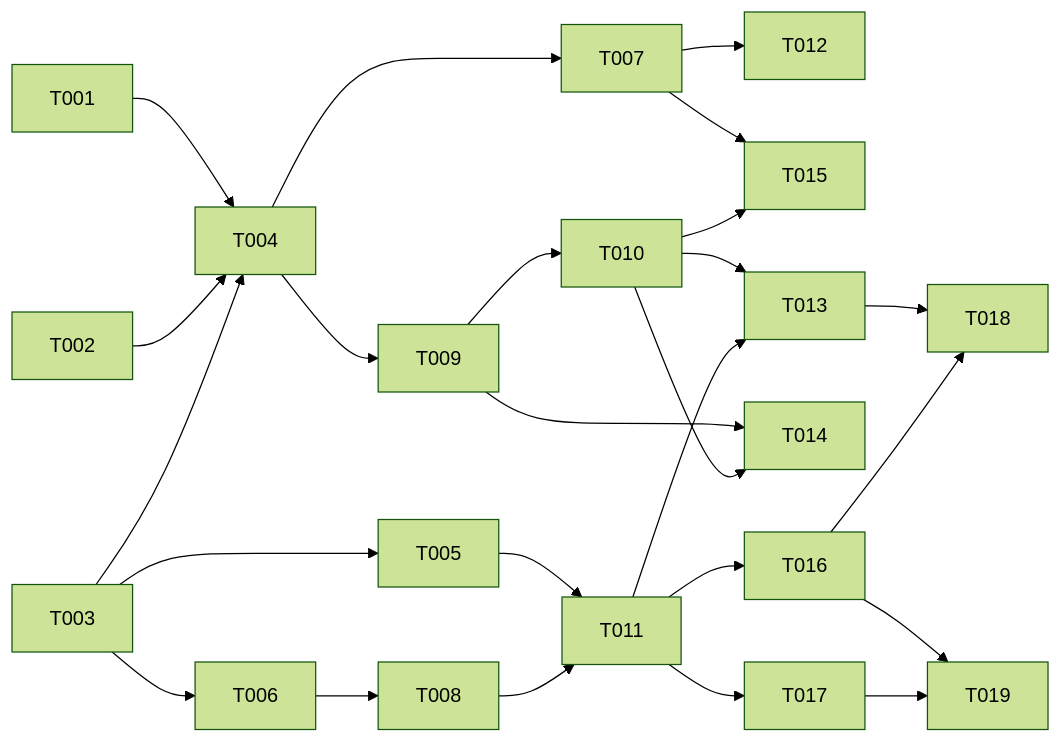
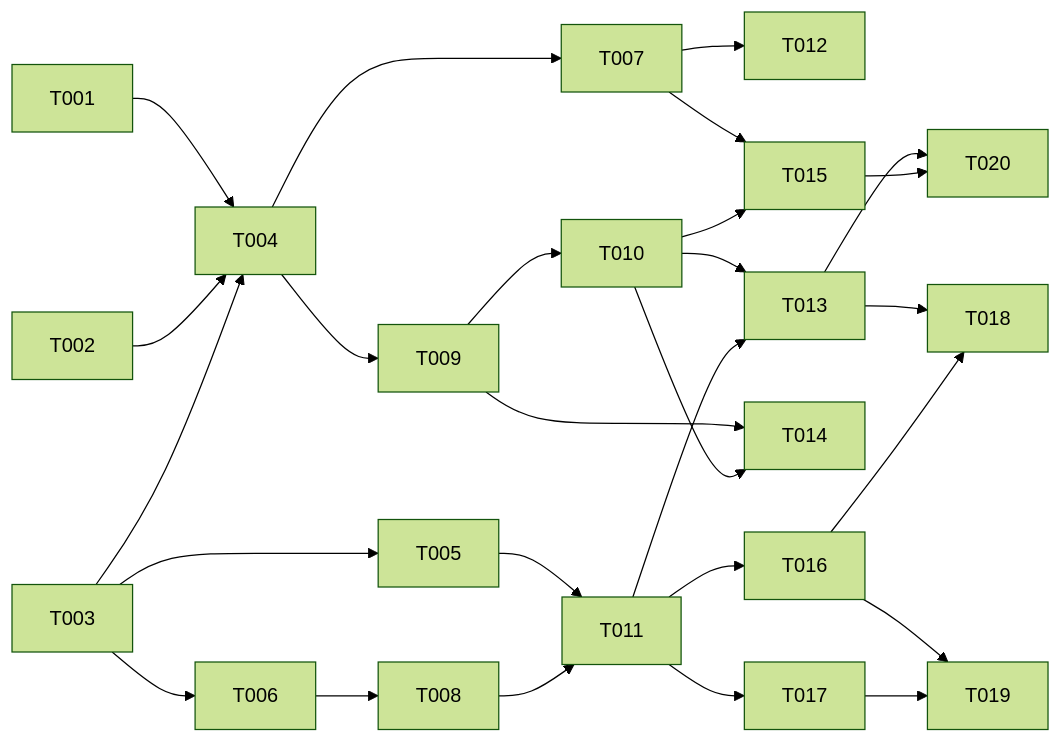
Before and after one commit to tdduydev/xdev-hive: the diagram in specs/026-desktop-git-branches/tasks.md, drawn with Mermaid (forest theme). The commit also changed other lines of this file and 2 other files, not shown here.

````diff
--- a/specs/026-desktop-git-branches/tasks.md
+++ b/specs/026-desktop-git-branches/tasks.md
@@ -294,16 +304,17 @@
 ```mermaid
 flowchart LR
   T001 & T002 & T003 --> T004
   T003 --> T005 & T006
   T004 --> T007 & T009
   T006 --> T008
   T009 --> T010
   T005 & T008 --> T011
   T007 --> T012 & T015
   T010 & T011 --> T013
   T009 & T010 --> T014
   T010 --> T015
   T011 --> T016 & T017
   T013 & T016 --> T018
+  T013 & T015 --> T020
   T016 & T017 --> T019
 ```
````
